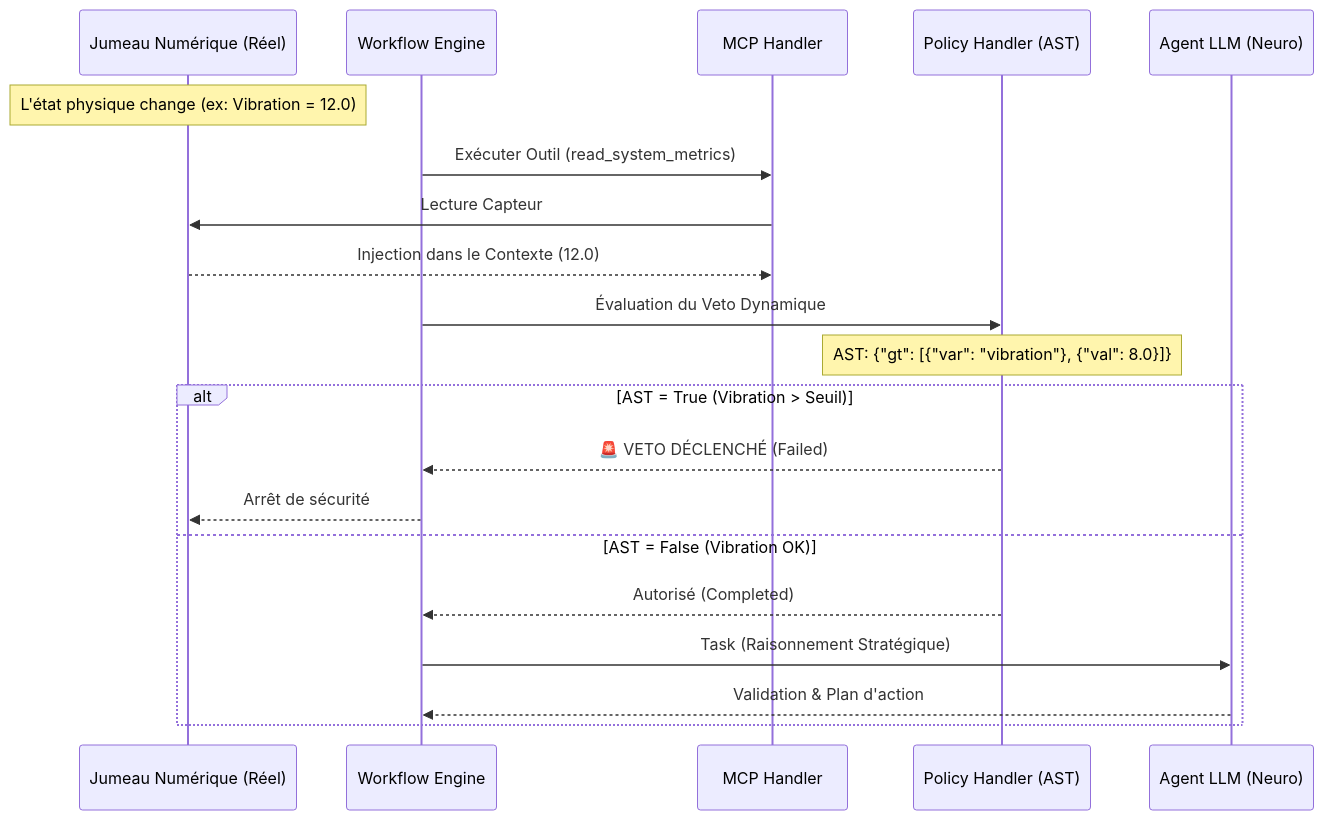
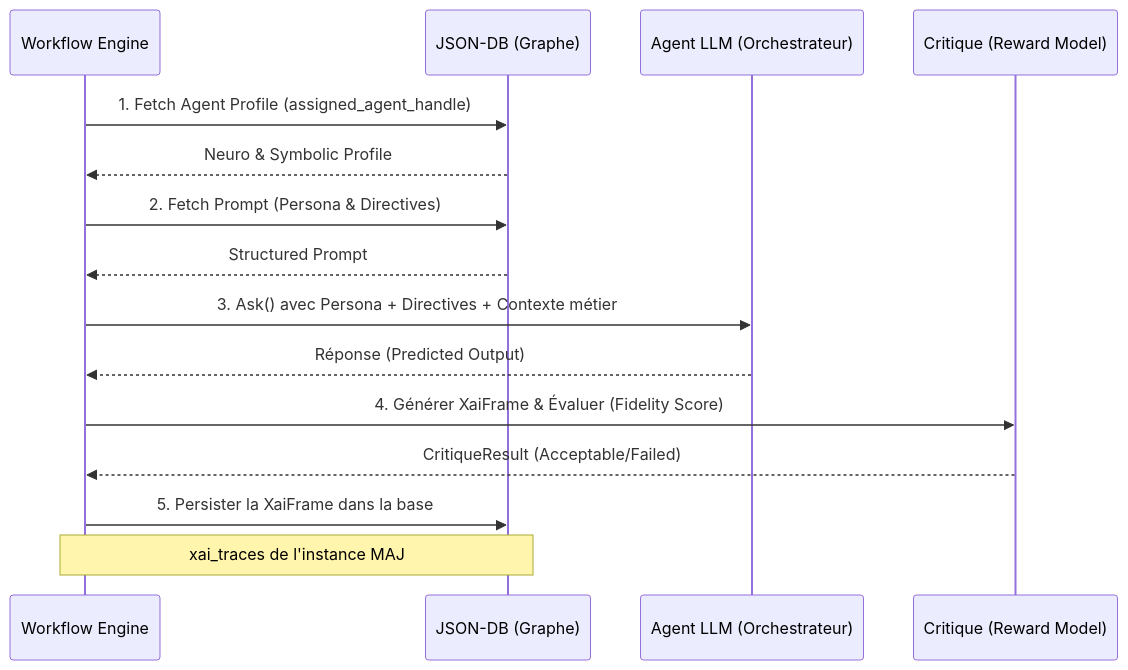
Before and after one commit to Condorcet-Continuum/raise: the diagram in src-tauri/src/workflow_engine/README.md, drawn with Mermaid. The commit also changed other lines of this file and 138 other files, not shown here.

````diff
--- a/src-tauri/src/workflow_engine/README.md
+++ b/src-tauri/src/workflow_engine/README.md
@@ -72,26 +34,21 @@
 ```mermaid
 sequenceDiagram
-    participant U as Jumeau Numérique (Réel)
     participant WE as Workflow Engine
-    participant H_Mcp as MCP Handler
-    participant H_Pol as Policy Handler (AST)
-    participant AI as Agent LLM (Neuro)
+    participant DB as JSON-DB (Graphe)
+    participant AI as Agent LLM (Orchestrateur)
+    participant CR as Critique (Reward Model)
 
-    Note over U: L'état physique change (ex: Vibration = 12.0)
-    WE->>H_Mcp: Exécuter Outil (read_system_metrics)
-    H_Mcp->>U: Lecture Capteur
-    U-->>H_Mcp: Injection dans le Contexte (12.0)
-    
-    WE->>H_Pol: Évaluation du Veto Dynamique
-    Note over H_Pol: AST: {"gt": [{"var": "vibration"}, {"val": 8.0}]}
-    
-    alt AST = True (Vibration > Seuil)
-        H_Pol-->>WE: 🚨 VETO DÉCLENCHÉ (Failed)
-        WE-->>U: Arrêt de sécurité
-    else AST = False (Vibration OK)
-        H_Pol-->>WE: Autorisé (Completed)
-        WE->>AI: Task (Raisonnement Stratégique)
-        AI-->>WE: Validation & Plan d'action
-    end
+    WE->>DB: 1. Fetch Agent Profile (assigned_agent_handle)
+    DB-->>WE: Neuro & Symbolic Profile
+    WE->>DB: 2. Fetch Prompt (Persona & Directives)
+    DB-->>WE: Structured Prompt
 
+    WE->>AI: 3. Ask() avec Persona + Directives + Contexte métier
+    AI-->>WE: Réponse (Predicted Output)
+
+    WE->>CR: 4. Générer XaiFrame & Évaluer (Fidelity Score)
+    CR-->>WE: CritiqueResult (Acceptable/Failed)
+
+    WE->>DB: 5. Persister la XaiFrame dans la base
+    Note over WE,DB: xai_traces de l'instance MAJ
 ```
````
